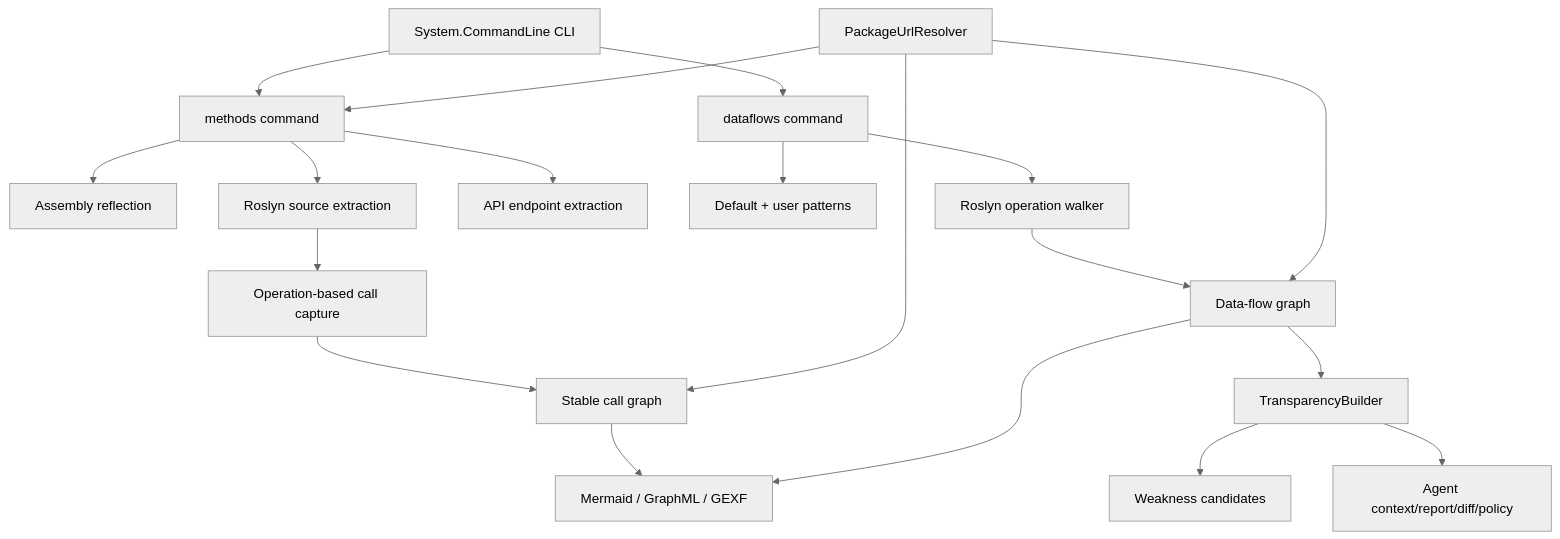
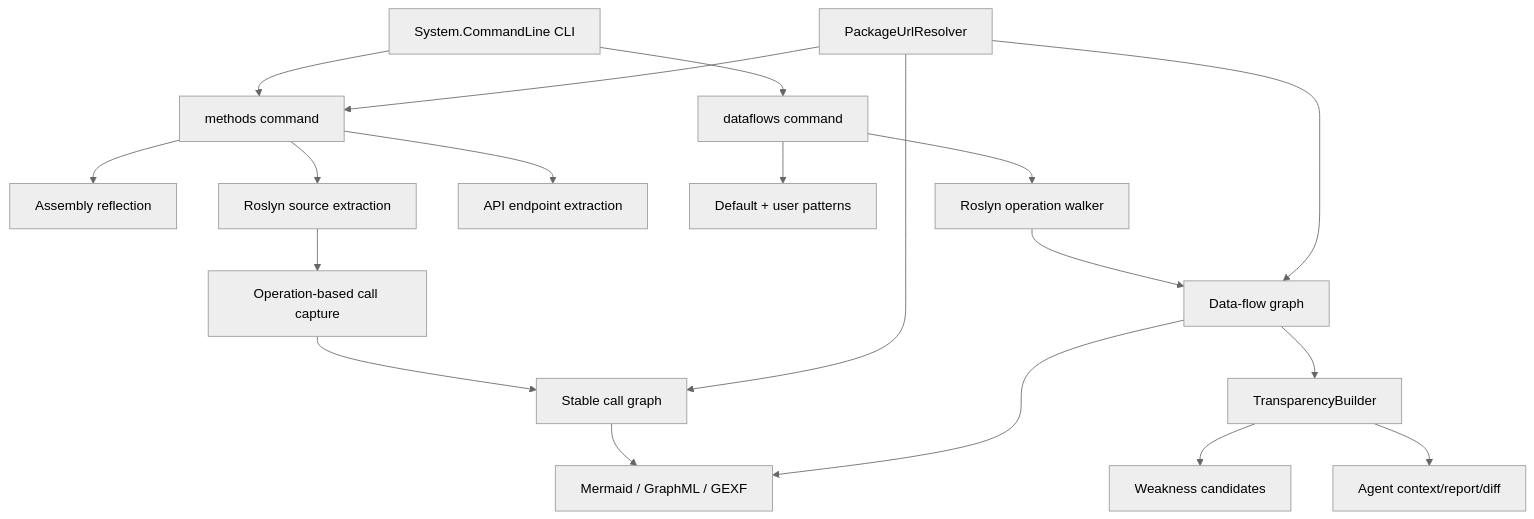
One commit to owasp-dep-scan/dosai changed the first of 2 diagrams in docs/compiler-engineering.md. Above: the diagram before and after it, drawn with Mermaid (neutral theme). The commit also changed other lines of this file and 7 other files, not shown here.

Commit message:
Remove policy command and documentation; update CI and docs to validate data-flow integrity directly

````diff
--- a/docs/compiler-engineering.md
+++ b/docs/compiler-engineering.md
@@ -7,21 +7,21 @@
 ```mermaid
 flowchart TD
     CLI[System.CommandLine CLI] --> Methods[methods command]
     CLI --> Dataflows[dataflows command]
     Methods --> Reflection[Assembly reflection]
     Methods --> Source[Roslyn source extraction]
     Methods --> Endpoints[API endpoint extraction]
     Source --> Calls[Operation-based call capture]
     Calls --> CallGraph[Stable call graph]
     Dataflows --> Patterns[Default + user patterns]
     Dataflows --> DFRoslyn[Roslyn operation walker]
     DFRoslyn --> DFGraph[Data-flow graph]
     PURL[PackageUrlResolver] --> Methods
     PURL --> CallGraph
     PURL --> DFGraph
     DFGraph --> Transparency[TransparencyBuilder]
     Transparency --> Weakness[Weakness candidates]
-    Transparency --> Agent[Agent context/report/diff/policy]
+    Transparency --> Agent[Agent context/report/diff]
     CallGraph --> Exporters[Mermaid / GraphML / GEXF]
     DFGraph --> Exporters
 ```
````
